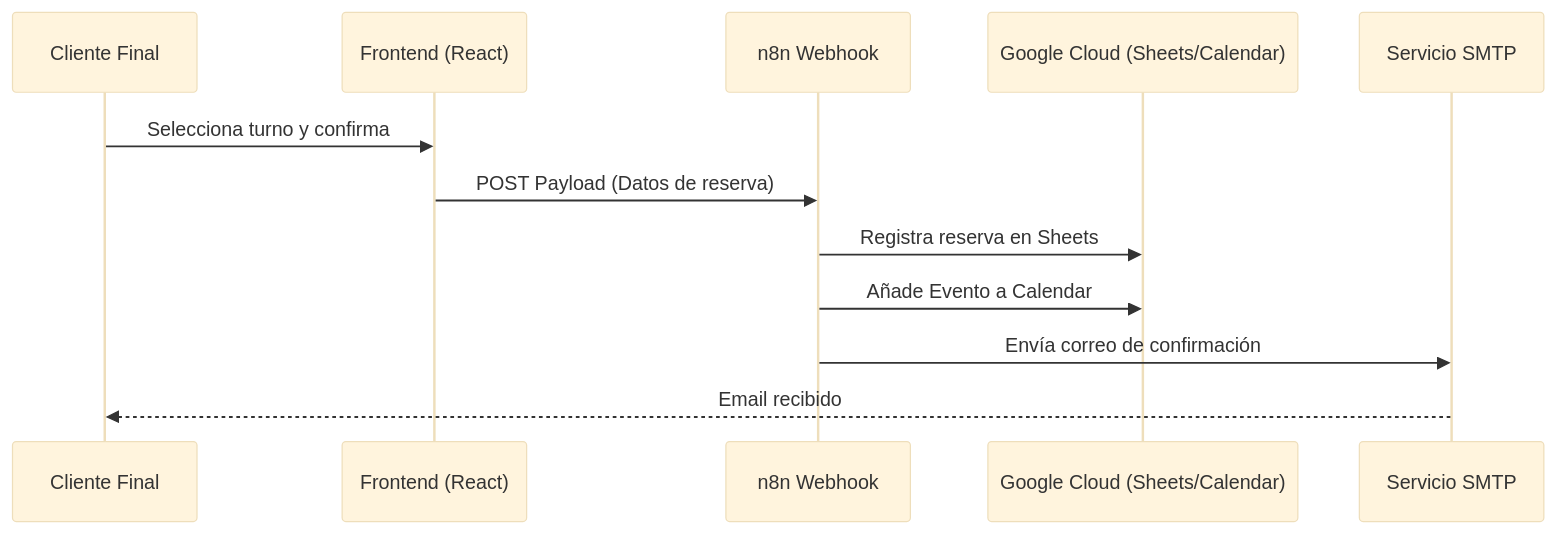
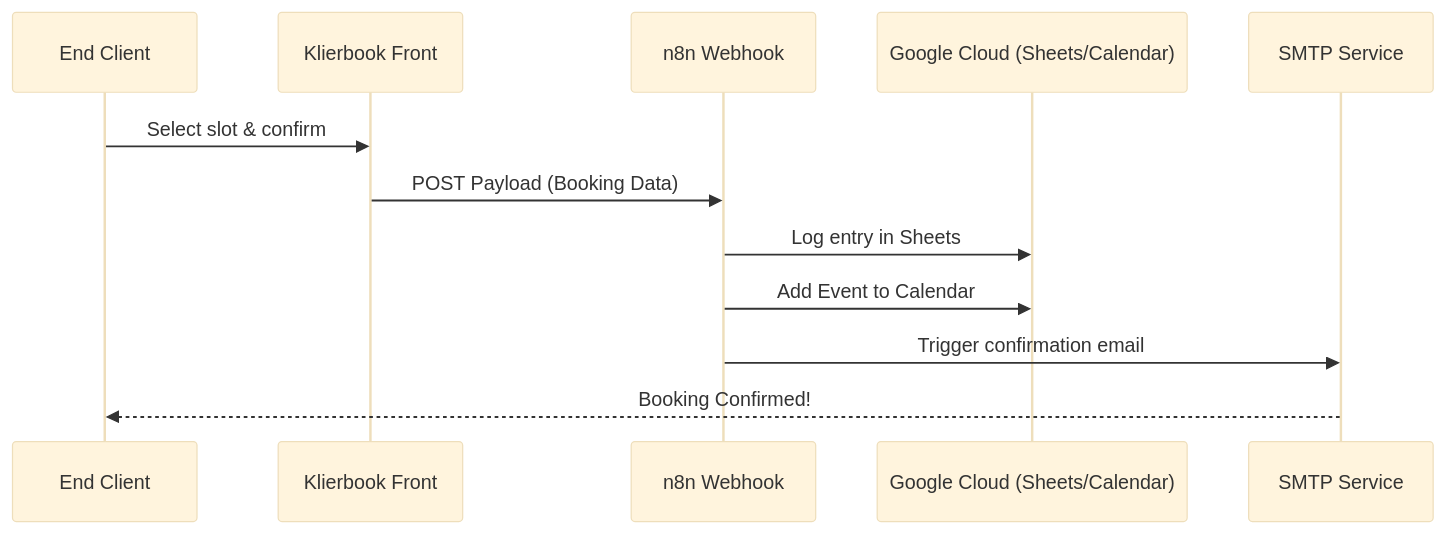
One commit to SerjCallier/agendapro-booking-template changed the diagram in README.md. Above: the diagram before and after it, drawn with Mermaid (base theme). The commit also changed other lines of this file, not shown here.

Commit message:
feat: premium Klierbook README with Mermaid booking flow and bilingual sections

````diff
--- a/README.md
+++ b/README.md
@@ -131,15 +49,15 @@
 ```mermaid
 sequenceDiagram
-    participant User as Cliente Final
-    participant React as Frontend (React)
+    participant User as End Client
+    participant React as Klierbook Front
     participant n8n as n8n Webhook
     participant GCP as Google Cloud (Sheets/Calendar)
-    participant Mail as Servicio SMTP
+    participant Mail as SMTP Service
 
-    User->>React: Selecciona turno y confirma
-    React->>n8n: POST Payload (Datos de reserva)
-    n8n->>GCP: Registra reserva en Sheets
-    n8n->>GCP: Añade Evento a Calendar
-    n8n->>Mail: Envía correo de confirmación
-    Mail-->>User: Email recibido
+    User->>React: Select slot & confirm
+    React->>n8n: POST Payload (Booking Data)
+    n8n->>GCP: Log entry in Sheets
+    n8n->>GCP: Add Event to Calendar
+    n8n->>Mail: Trigger confirmation email
+    Mail-->>User: Booking Confirmed!
 ```
````
